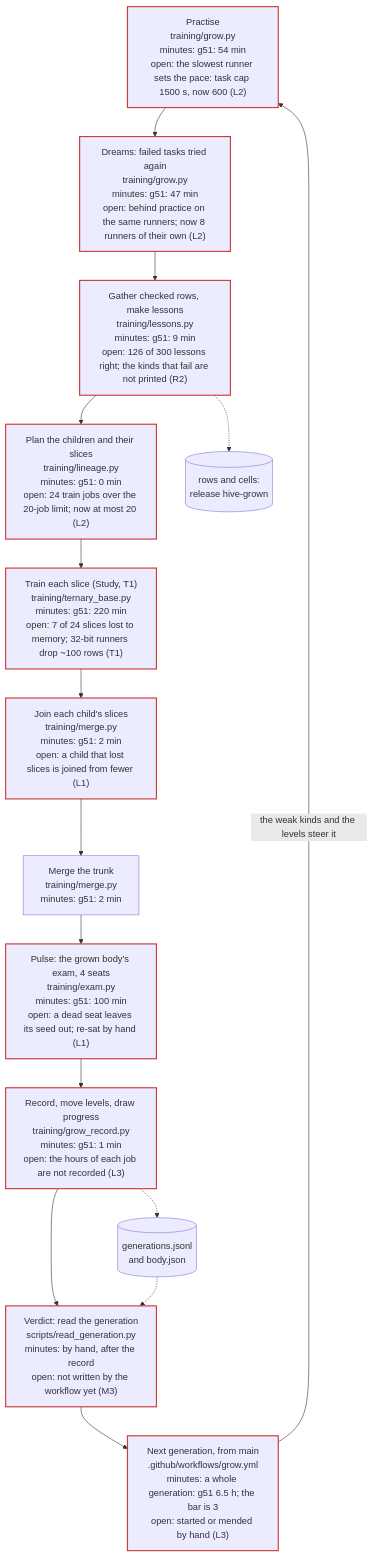
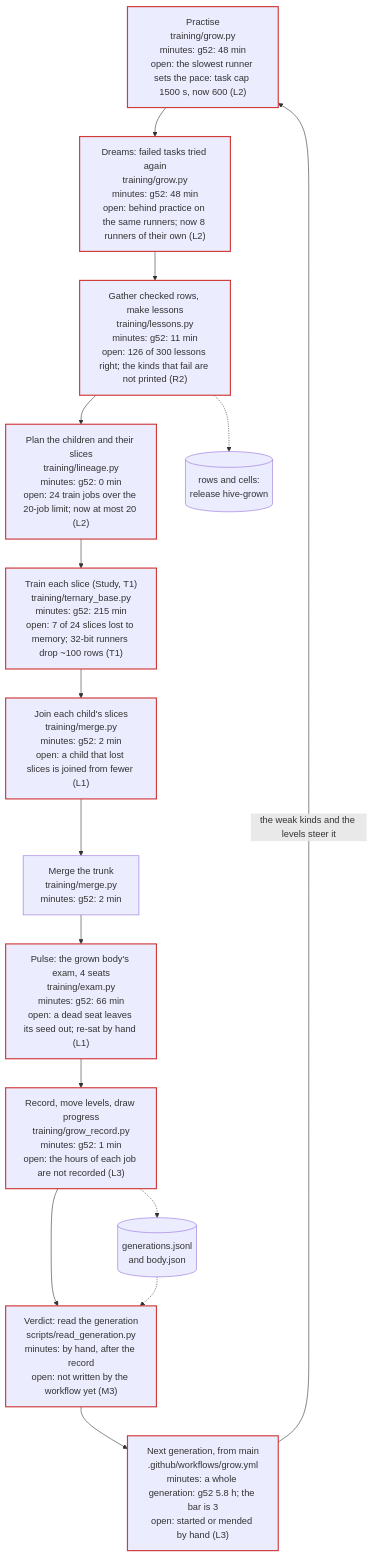
One commit to Arnav123-s/HiveMIND changed the first of 4 diagrams in docs/KNOWLEDGE.md. Above: the diagram before and after it, drawn with Mermaid. The commit also changed 16 other files, not shown here.

Commit message:
The hive's body: generation g52

````diff
--- a/docs/KNOWLEDGE.md
+++ b/docs/KNOWLEDGE.md
@@ -11,31 +11,31 @@
 ```mermaid
 flowchart TD
-  practise["Practise<br/>training/grow.py<br/>minutes: g51: 54 min<br/>open: the slowest runner sets the pace: task cap 1500 s, now 600 (L2)"]:::open
-  dreams["Dreams: failed tasks tried again<br/>training/grow.py<br/>minutes: g51: 47 min<br/>open: behind practice on the same runners; now 8 runners of their own (L2)"]:::open
-  gather["Gather checked rows, make lessons<br/>training/lessons.py<br/>minutes: g51: 9 min<br/>open: 126 of 300 lessons right; the kinds that fail are not printed (R2)"]:::open
-  plan["Plan the children and their slices<br/>training/lineage.py<br/>minutes: g51: 0 min<br/>open: 24 train jobs over the 20-job limit; now at most 20 (L2)"]:::open
-  trainc["Train each slice (Study, T1)<br/>training/ternary_base.py<br/>minutes: g51: 220 min<br/>open: 7 of 24 slices lost to memory; 32-bit runners drop ~100 rows (T1)"]:::open
-  join["Join each child's slices<br/>training/merge.py<br/>minutes: g51: 2 min<br/>open: a child that lost slices is joined from fewer (L1)"]:::open
-  trunk["Merge the trunk<br/>training/merge.py<br/>minutes: g51: 2 min"]
-  pulse["Pulse: the grown body's exam, 4 seats<br/>training/exam.py<br/>minutes: g51: 100 min<br/>open: a dead seat leaves its seed out; re-sat by hand (L1)"]:::open
-  recordg["Record, move levels, draw progress<br/>training/grow_record.py<br/>minutes: g51: 1 min<br/>open: the hours of each job are not recorded (L3)"]:::open
+  practise["Practise<br/>training/grow.py<br/>minutes: g52: 48 min<br/>open: the slowest runner sets the pace: task cap 1500 s, now 600 (L2)"]:::open
+  dreams["Dreams: failed tasks tried again<br/>training/grow.py<br/>minutes: g52: 48 min<br/>open: behind practice on the same runners; now 8 runners of their own (L2)"]:::open
+  gather["Gather checked rows, make lessons<br/>training/lessons.py<br/>minutes: g52: 11 min<br/>open: 126 of 300 lessons right; the kinds that fail are not printed (R2)"]:::open
+  plan["Plan the children and their slices<br/>training/lineage.py<br/>minutes: g52: 0 min<br/>open: 24 train jobs over the 20-job limit; now at most 20 (L2)"]:::open
+  trainc["Train each slice (Study, T1)<br/>training/ternary_base.py<br/>minutes: g52: 215 min<br/>open: 7 of 24 slices lost to memory; 32-bit runners drop ~100 rows (T1)"]:::open
+  join["Join each child's slices<br/>training/merge.py<br/>minutes: g52: 2 min<br/>open: a child that lost slices is joined from fewer (L1)"]:::open
+  trunk["Merge the trunk<br/>training/merge.py<br/>minutes: g52: 2 min"]
+  pulse["Pulse: the grown body's exam, 4 seats<br/>training/exam.py<br/>minutes: g52: 66 min<br/>open: a dead seat leaves its seed out; re-sat by hand (L1)"]:::open
+  recordg["Record, move levels, draw progress<br/>training/grow_record.py<br/>minutes: g52: 1 min<br/>open: the hours of each job are not recorded (L3)"]:::open
   verdictg["Verdict: read the generation<br/>scripts/read_generation.py<br/>minutes: by hand, after the record<br/>open: not written by the workflow yet (M3)"]:::open
-  nextg["Next generation, from main<br/>.github/workflows/grow.yml<br/>minutes: a whole generation: g51 6.5 h; the bar is 3<br/>open: started or mended by hand (L3)"]:::open
+  nextg["Next generation, from main<br/>.github/workflows/grow.yml<br/>minutes: a whole generation: g52 5.8 h; the bar is 3<br/>open: started or mended by hand (L3)"]:::open
   practise --> dreams
   dreams --> gather
   gather --> plan
   plan --> trainc
   trainc --> join
   join --> trunk
   trunk --> pulse
   pulse --> recordg
   recordg --> verdictg
   verdictg --> nextg
   nextg -->|"the weak kinds and the levels steer it"| practise
   rel[("rows and cells:<br/>release hive-grown")]
   rec[("generations.jsonl<br/>and body.json")]
   gather -.-> rel
   recordg -.-> rec
   rec -.-> verdictg
   classDef open stroke:#d03b3b,stroke-width:2px
 ```
````
